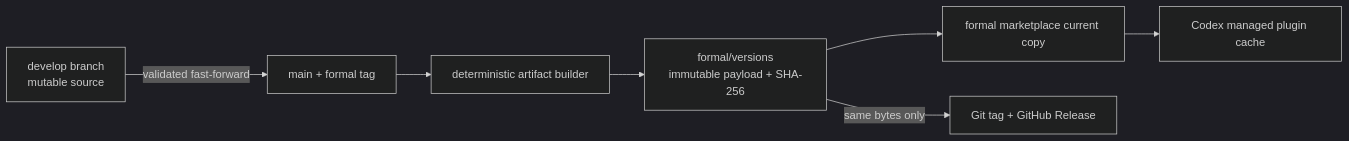
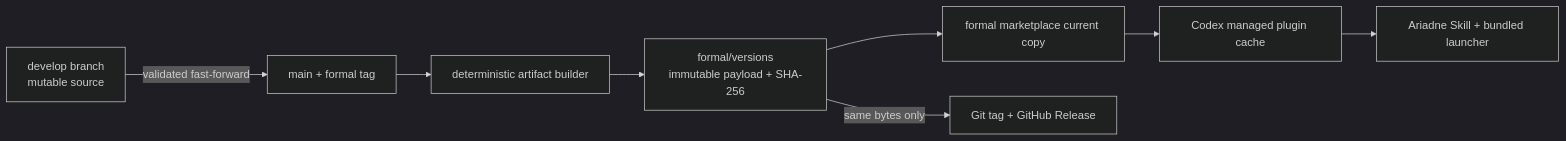
The first of 2 diagrams in docs/SDD.md (timshan/ariadne), drawn with Mermaid (dark theme) before and after one commit. The commit also changed other lines of this file and 10 other files, not shown here.

Commit message:
feat: package standalone Ariadne lifecycle skill

```diff
--- a/docs/SDD.md
+++ b/docs/SDD.md
@@ -126,9 +129,10 @@
 ~~~mermaid
 flowchart LR
     Dev[develop branch\nmutable source] -->|validated fast-forward| Main[main + formal tag]
     Main --> Builder[deterministic artifact builder]
     Builder --> Versions[formal/versions\nimmutable payload + SHA-256]
     Versions --> Current[formal marketplace current copy]
     Current --> Cache[Codex managed plugin cache]
+    Cache --> Ariadne[Ariadne Skill + bundled launcher]
     Versions -->|same bytes only| Release[Git tag + GitHub Release]
 ~~~
```
